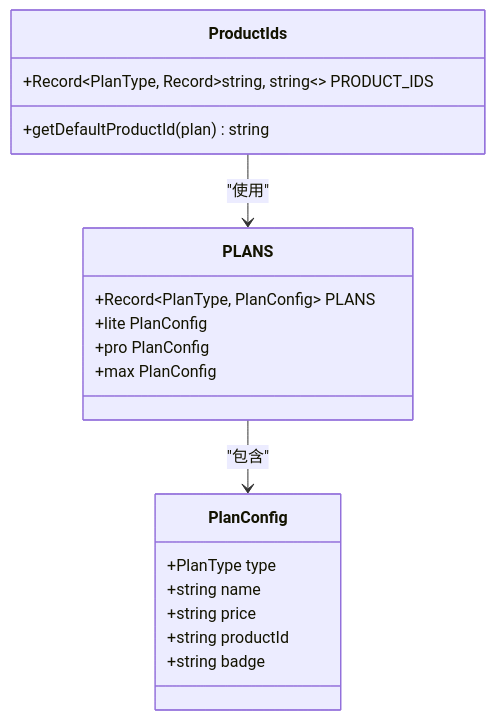
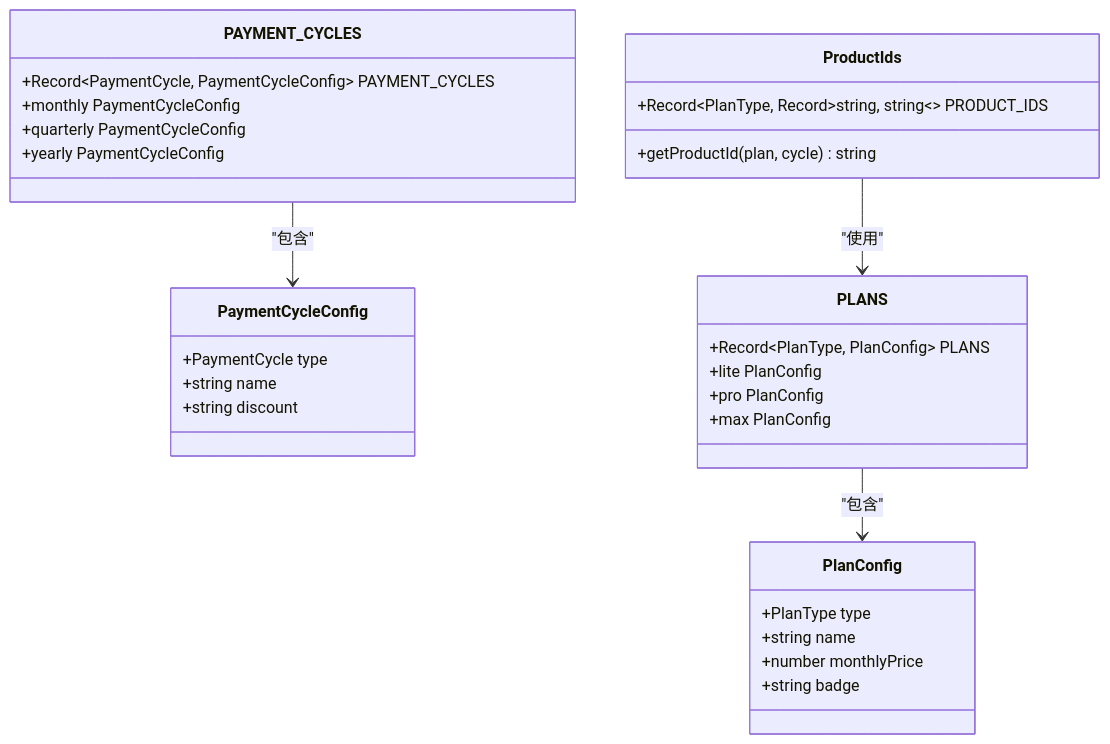
The second of 13 diagrams in .qoder/repowiki/zh/content/项目概述/核心功能特性/套餐选择系统.md (16499259-oss/GLM-sniper), drawn with Mermaid before and after one commit. The commit also changed other lines of this file and 9 other files, not shown here.

````diff
--- a/.qoder/repowiki/zh/content/项目概述/核心功能特性/套餐选择系统.md
+++ b/.qoder/repowiki/zh/content/项目概述/核心功能特性/套餐选择系统.md
@@ -79,22 +89,33 @@
 ```mermaid
 classDiagram
 class PlanConfig {
 +PlanType type
 +string name
-+string price
-+string productId
++number monthlyPrice
 +string badge
+}
+class PaymentCycleConfig {
++PaymentCycle type
++string name
++string discount
 }
 class ProductIds {
 +Record~PlanType, Record~string, string~~ PRODUCT_IDS
-+getDefaultProductId(plan) string
++getProductId(plan, cycle) string
 }
 class PLANS {
 +Record~PlanType, PlanConfig~ PLANS
 +lite PlanConfig
 +pro PlanConfig
 +max PlanConfig
 }
+class PAYMENT_CYCLES {
++Record~PaymentCycle, PaymentCycleConfig~ PAYMENT_CYCLES
++monthly PaymentCycleConfig
++quarterly PaymentCycleConfig
++yearly PaymentCycleConfig
+}
 PLANS --> PlanConfig : "包含"
+PAYMENT_CYCLES --> PaymentCycleConfig : "包含"
 ProductIds --> PLANS : "使用"
 ```
````
